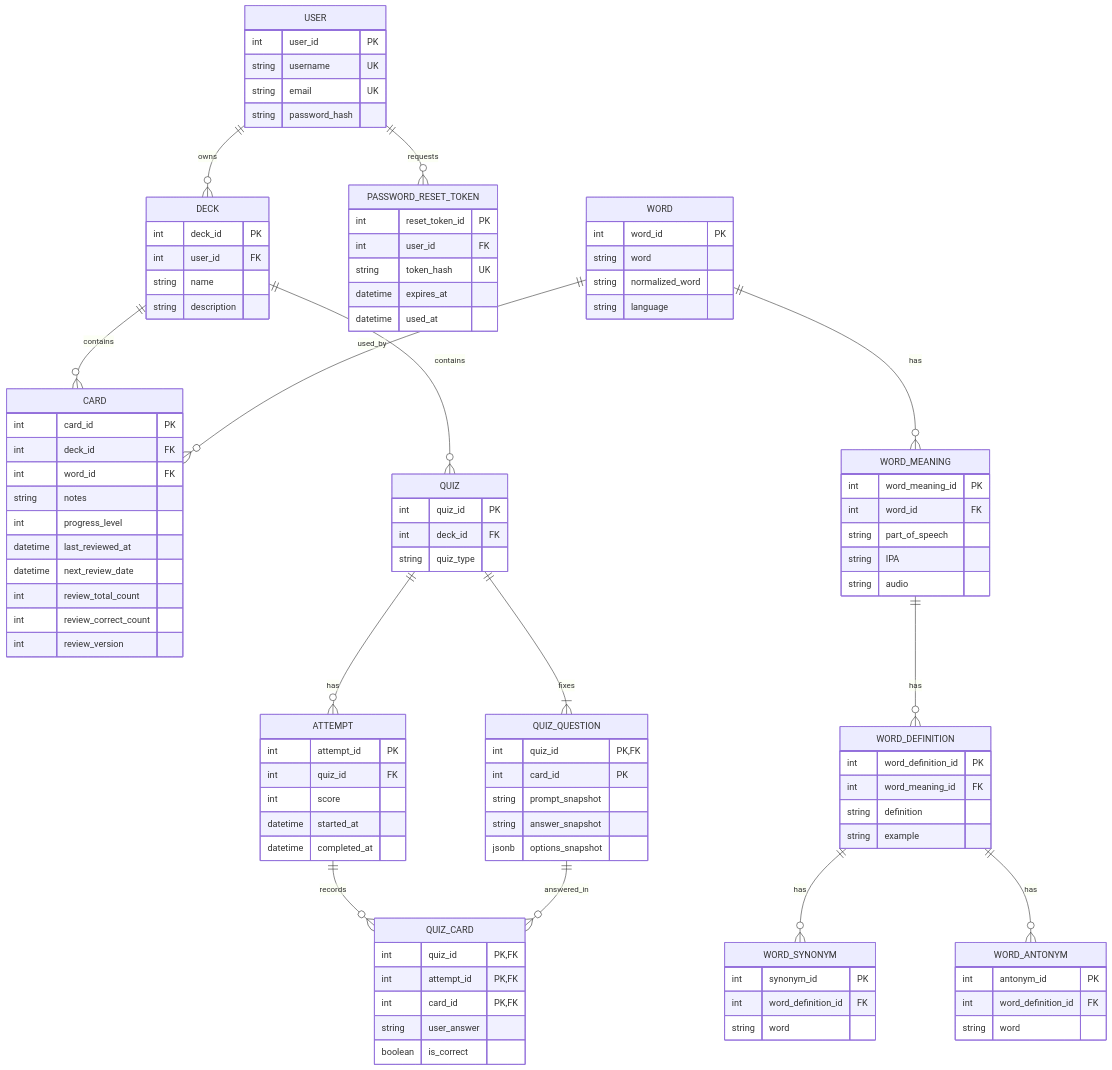
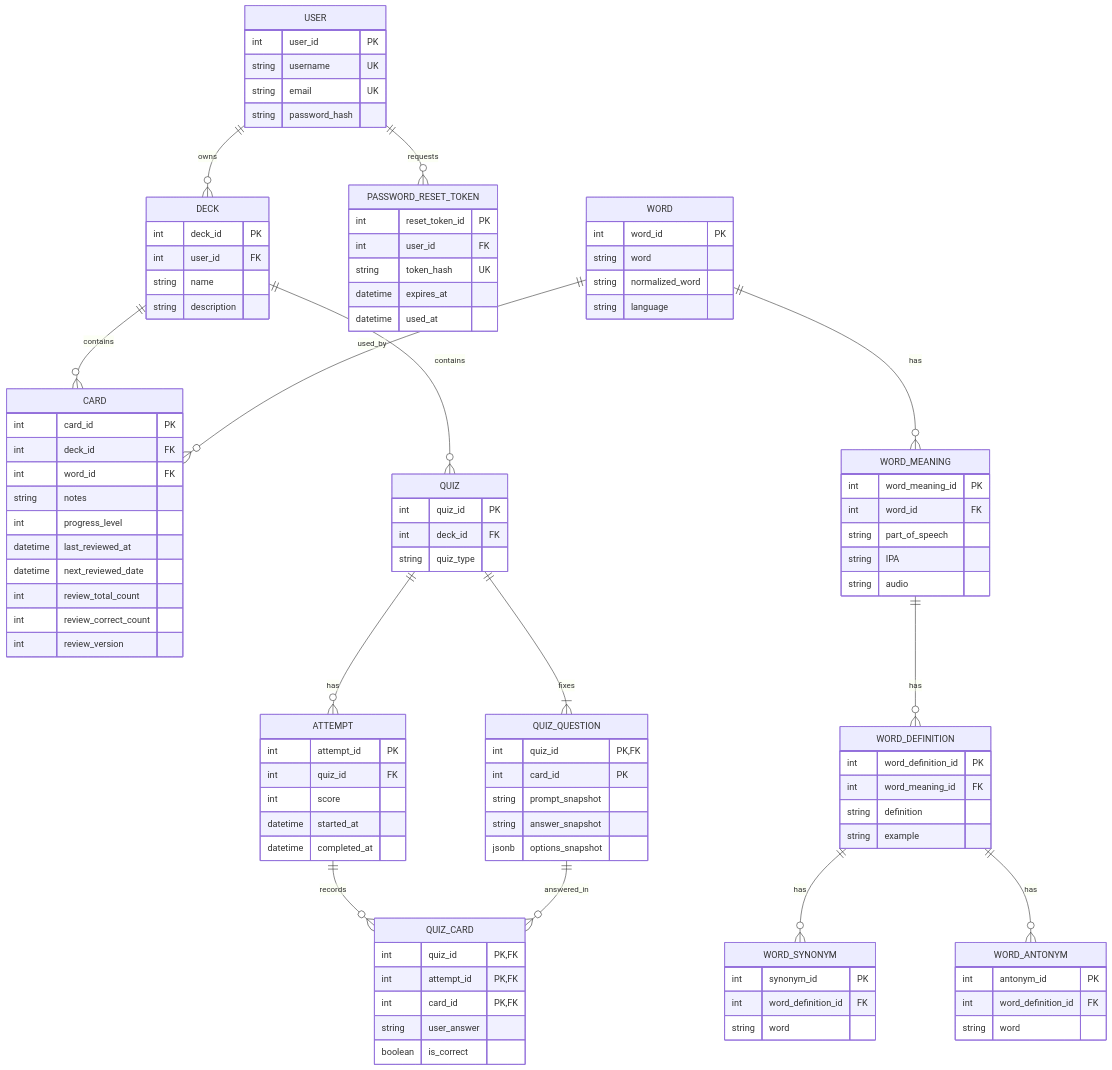
The diagram in docs/02_architecture-convention.md (gangstat197/INT3105_software_architecture), drawn with Mermaid before and after one commit. The commit also changed other lines of this file and 15 other files, not shown here.

```diff
--- a/docs/02_architecture-convention.md
+++ b/docs/02_architecture-convention.md
@@ -120,7 +120,7 @@
         string notes
         int progress_level
         datetime last_reviewed_at
-        datetime next_review_date
+        datetime next_reviewed_date
         int review_total_count
         int review_correct_count
         int review_version
```
